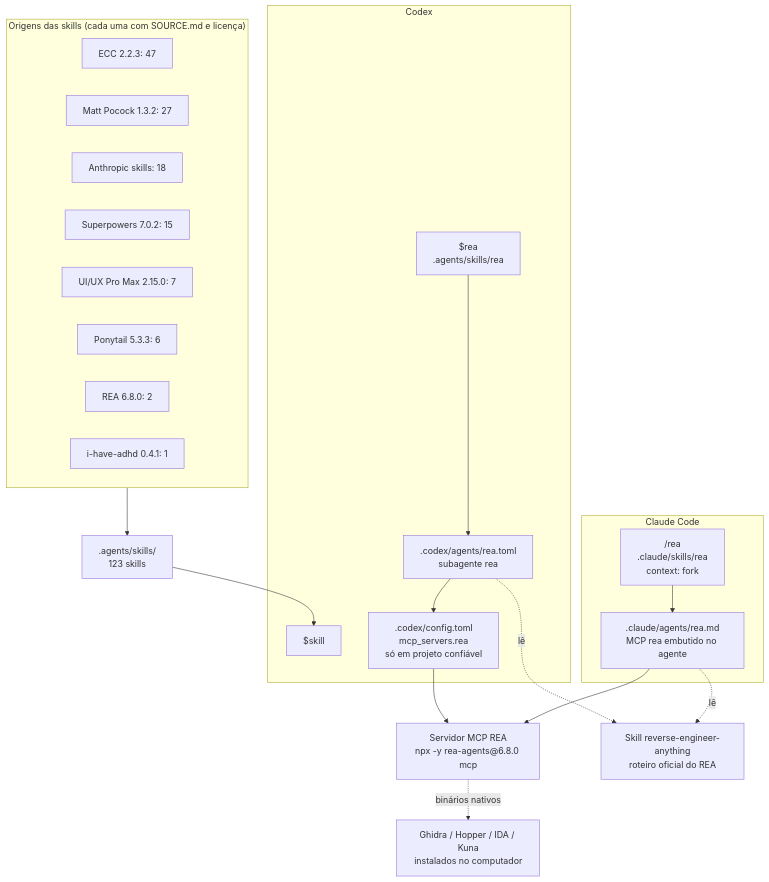
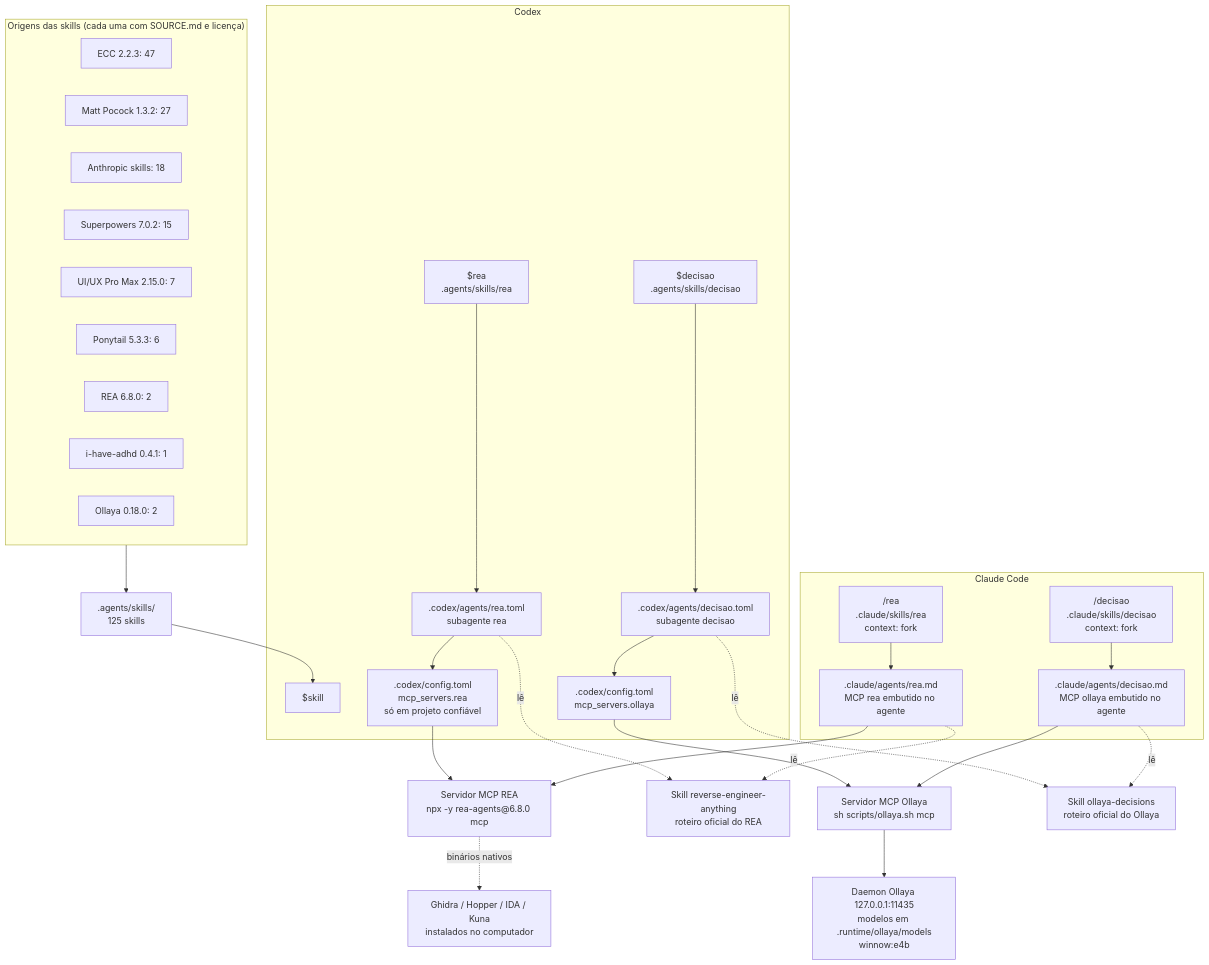
Before and after one commit to mesquitafelipe571-ai/arquitetura--LLM: the fifth of 8 diagrams in docs/ARQUITETURA.md, drawn with Mermaid. The commit also changed other lines of this file and 12 other files, not shown here.

First line of the commit message:
feat: agente de decisão com o Ollaya e o modelo winnow:e4b

````diff
--- a/docs/ARQUITETURA.md
+++ b/docs/ARQUITETURA.md
@@ -229,40 +230,54 @@
 ```mermaid
 flowchart TB
     subgraph ORIG["Origens das skills (cada uma com SOURCE.md e licença)"]
         O1["ECC 2.2.3: 47"]
         O2["Matt Pocock 1.3.2: 27"]
         O3["Anthropic skills: 18"]
         O4["Superpowers 7.0.2: 15"]
         O5["UI/UX Pro Max 2.15.0: 7"]
         O6["Ponytail 5.3.3: 6"]
         O7["REA 6.8.0: 2"]
         O8["i-have-adhd 0.4.1: 1"]
+        O9["Ollaya 0.18.0: 2"]
     end
 
-    SKD[".agents/skills/<br/>123 skills"]
+    SKD[".agents/skills/<br/>125 skills"]
     ORIG --> SKD
 
     subgraph CODEXS["Codex"]
         CSK["$skill"]
         CRS["$rea<br/>.agents/skills/rea"]
         CAG[".codex/agents/rea.toml<br/>subagente rea"]
         CCF[".codex/config.toml<br/>mcp_servers.rea<br/>só em projeto confiável"]
+        CDS["$decisao<br/>.agents/skills/decisao"]
+        CDA[".codex/agents/decisao.toml<br/>subagente decisao"]
+        CDF[".codex/config.toml<br/>mcp_servers.ollaya"]
     end
 
     subgraph CLAUDES["Claude Code"]
         KRS["/rea<br/>.claude/skills/rea<br/>context: fork"]
         KAG[".claude/agents/rea.md<br/>MCP rea embutido no agente"]
+        KDS["/decisao<br/>.claude/skills/decisao<br/>context: fork"]
+        KDA[".claude/agents/decisao.md<br/>MCP ollaya embutido no agente"]
     end
 
     MCP["Servidor MCP REA<br/>npx -y rea-agents@6.8.0 mcp"]
     RE["Skill reverse-engineer-anything<br/>roteiro oficial do REA"]
     ENG["Ghidra / Hopper / IDA / Kuna<br/>instalados no computador"]
+    OMCP["Servidor MCP Ollaya<br/>sh scripts/ollaya.sh mcp"]
+    OD["Daemon Ollaya 127.0.0.1:11435<br/>modelos em .runtime/ollaya/models<br/>winnow:e4b"]
+    OS["Skill ollaya-decisions<br/>roteiro oficial do Ollaya"]
 
     SKD --> CSK
     CRS --> CAG
     CAG --> CCF --> MCP
     KRS --> KAG --> MCP
     CAG -.lê.-> RE
     KAG -.lê.-> RE
     MCP -.binários nativos.-> ENG
+    CDS --> CDA --> CDF --> OMCP
+    KDS --> KDA --> OMCP
+    OMCP --> OD
+    CDA -.lê.-> OS
+    KDA -.lê.-> OS
 ```
````
